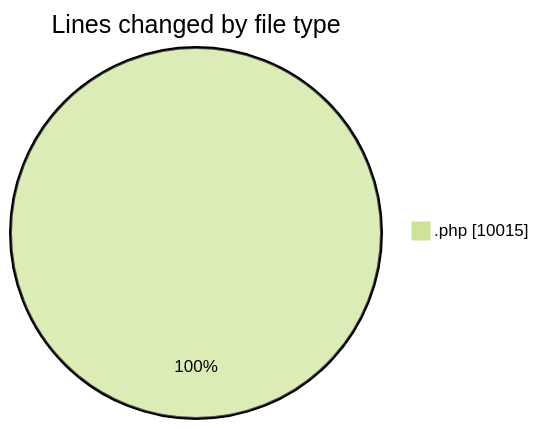
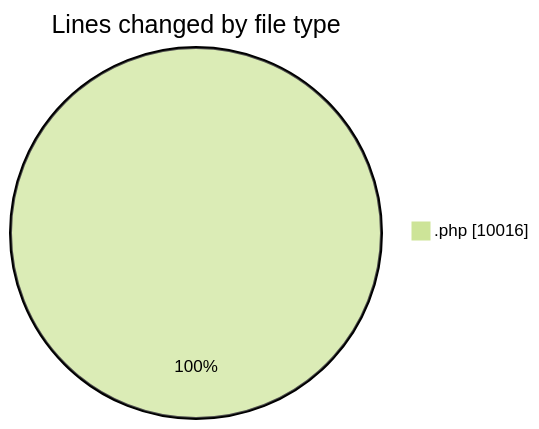
One commit to vahidmafi/code-tracking changed the first of 2 diagrams in 2025-04-10/zeytoon/README.md. Above: the diagram before and after it, drawn with Mermaid (forest theme). The commit also changed other lines of this file and 1 other file, not shown here.

````diff
--- a/2025-04-10/zeytoon/README.md
+++ b/2025-04-10/zeytoon/README.md
@@ -31,5 +31,5 @@
 ```mermaid
 pie showData
 title Lines changed by file type
-".php" : 10015
+".php" : 10016
 ```
````
